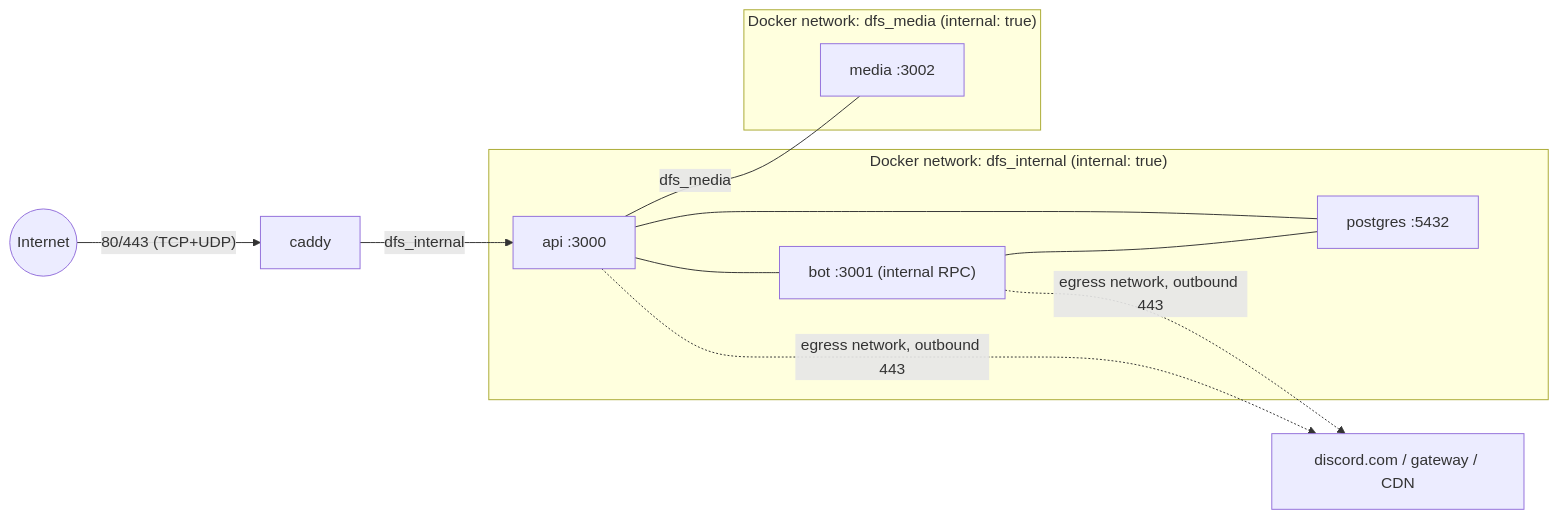
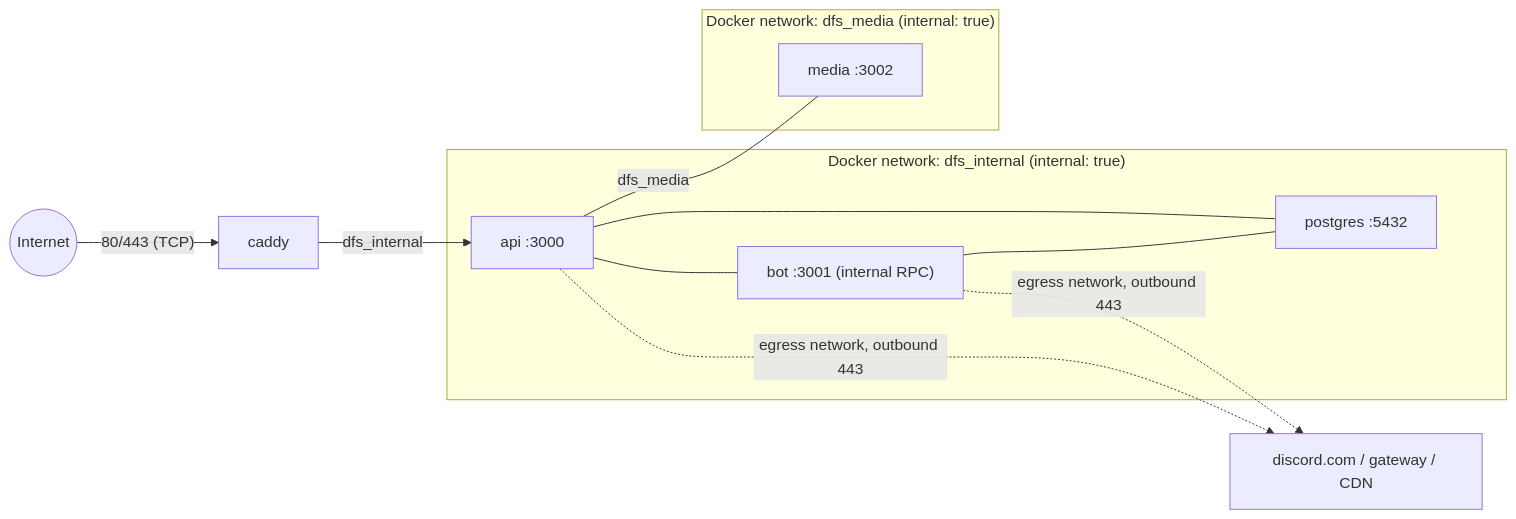
One commit to AlexB8675/DFS changed the second of 11 diagrams in docs/DESIGN.md. Above: the diagram before and after it, drawn with Mermaid. The commit also changed 6 other files, not shown here.

````diff
--- a/docs/DESIGN.md
+++ b/docs/DESIGN.md
@@ -123,19 +123,19 @@
 ```mermaid
 flowchart LR
-    I(("Internet")) -->|"80/443 (TCP+UDP)"| E["caddy"]
+    I(("Internet")) -->|"80/443 (TCP)"| E["caddy"]
     subgraph dfs_internal["Docker network: dfs_internal (internal: true)"]
         A["api :3000"]
         B["bot :3001 (internal RPC)"]
         P["postgres :5432"]
     end
     subgraph dfs_media["Docker network: dfs_media (internal: true)"]
         M["media :3002"]
     end
     E -->|dfs_internal| A
     A --- B
     A --- P
     B --- P
     A ---|dfs_media| M
     B -.->|"egress network, outbound 443"| D["discord.com / gateway / CDN"]
     A -.->|"egress network, outbound 443"| D
 ```
````
